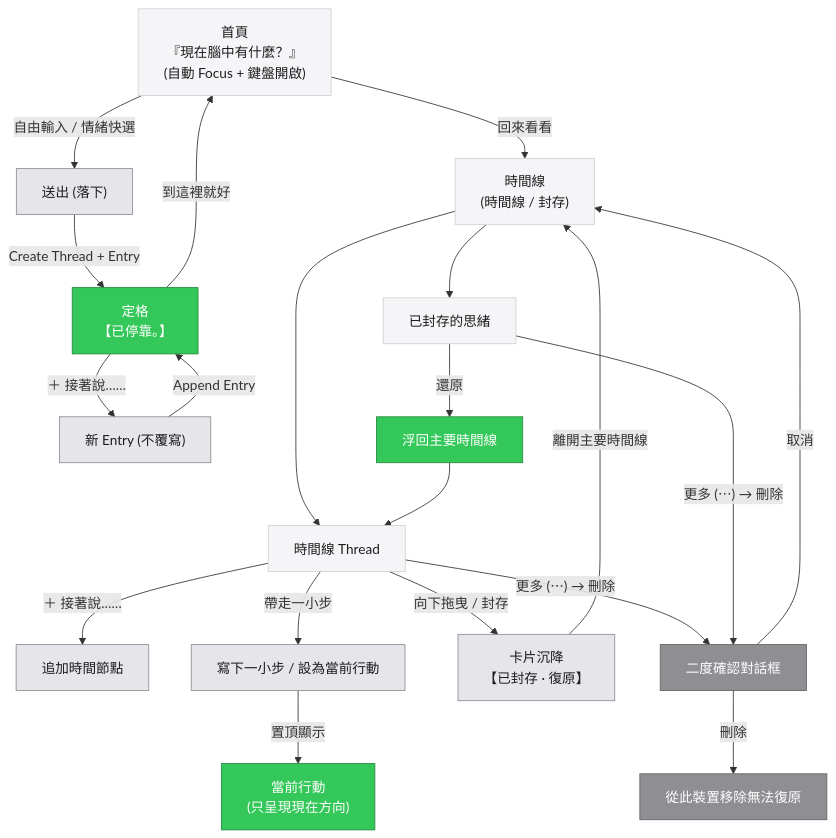
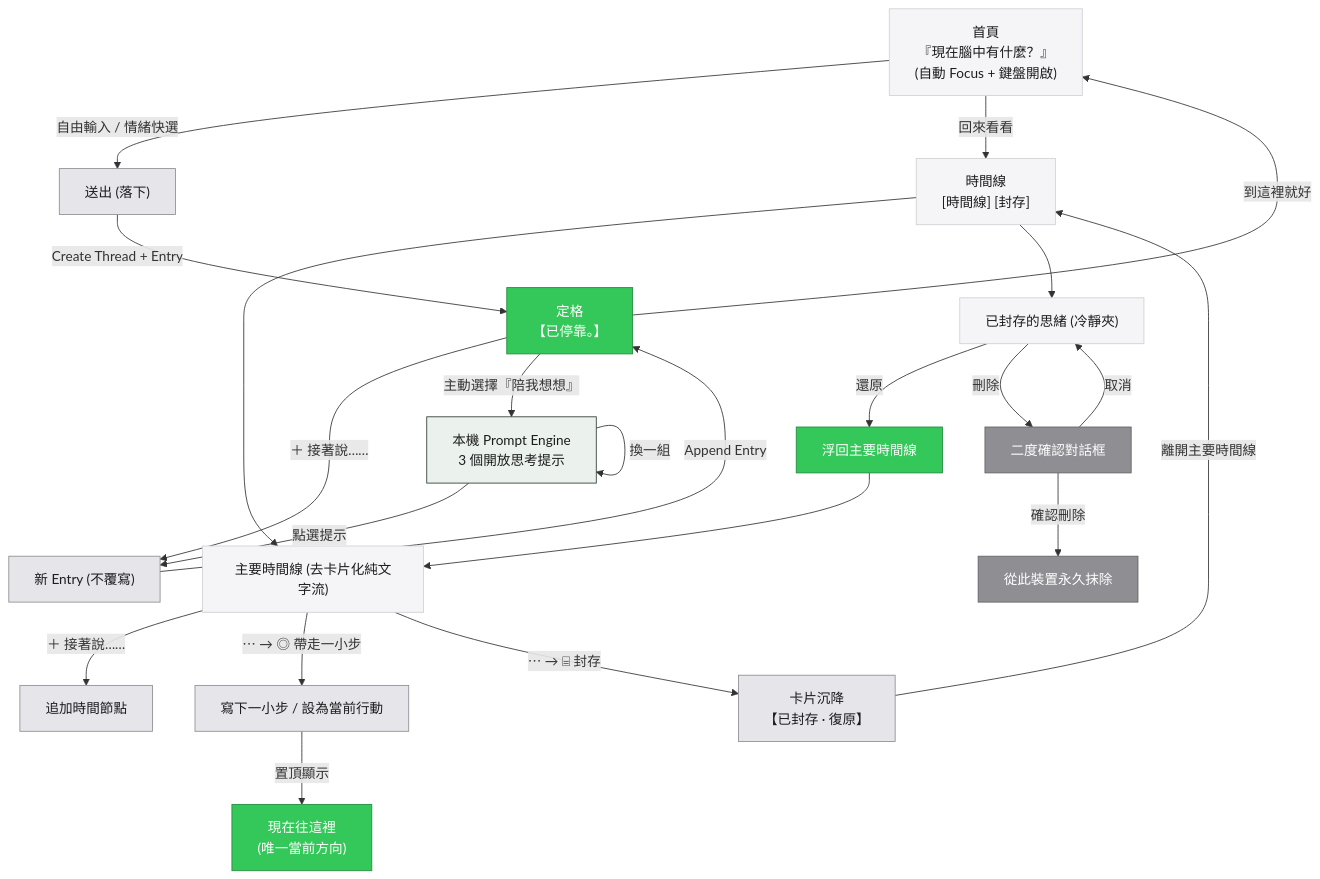
The diagram in flow_diagram.md (q5089877/privateMind), drawn with Mermaid before and after one commit. The commit also changed other lines of this file and 7 other files, not shown here.

Commit message:
feat: implement V7.2 core flow and local prompt engine with 7 thinking categories

````diff
--- a/flow_diagram.md
+++ b/flow_diagram.md
@@ -62,39 +142,44 @@
 ```mermaid
 flowchart TD
     %% 節點樣式
     classDef input fill:#F5F5F7,stroke:#D1D1D6,stroke-width:1px,color:#1D1D1F;
     classDef action fill:#E5E5EA,stroke:#8E8E93,stroke-width:1px,color:#1D1D1F;
     classDef settle fill:#34C759,stroke:#248A3D,stroke-width:1px,color:#FFFFFF;
+    classDef prompt fill:#EBF1EC,stroke:#2E3D33,stroke-width:1px,color:#1D1D1F;
     classDef terminal fill:#8E8E93,stroke:#636366,stroke-width:1px,color:#FFFFFF;
 
     HOME["首頁<br/>『現在腦中有什麼？』<br/>(自動 Focus + 鍵盤開啟)"]:::input
 
     %% 首頁操作
     HOME -->|"自由輸入 / 情緒快選"| SUBMIT["送出 (落下)"]:::action
-    HOME -->|"回來看看"| TIMELINE["時間線<br/>(時間線 / 封存)"]:::input
+    HOME -->|"回來看看"| TIMELINE["時間線<br/>[時間線] [封存]"]:::input
 
     %% 寫入路徑
     SUBMIT -->|"Create Thread + Entry"| SETTLED["定格<br/>【已停靠。】"]:::settle
     SETTLED -->|"到這裡就好"| HOME
     SETTLED -->|"＋ 接著說……"| APPEND_NOW["新 Entry (不覆寫)"]:::action
     APPEND_NOW -->|"Append Entry"| SETTLED
 
+    %% AI / 提示引擎支線
+    SETTLED -->|"主動選擇『陪我想想』"| PROMPT_ENGINE["本機 Prompt Engine<br/>3 個開放思考提示"]:::prompt
+    PROMPT_ENGINE -->|"點選提示"| APPEND_NOW
+    PROMPT_ENGINE -->|"換一組"| PROMPT_ENGINE
+
     %% 時間線操作
-    TIMELINE --> ACTIVE_THREAD["時間線 Thread"]:::input
+    TIMELINE --> ACTIVE_THREAD["主要時間線 (去卡片化純文字流)"]:::input
     ACTIVE_THREAD -->|"＋ 接著說……"| APPEND_LATER["追加時間節點"]:::action
-    ACTIVE_THREAD -->|"帶走一小步"| STEP_ACTION["寫下一小步 / 設為當前行動"]:::action
-    STEP_ACTION -->|"置頂顯示"| CURRENT_ACTION["當前行動<br/>(只呈現現在方向)"]:::settle
-    ACTIVE_THREAD -->|"向下拖曳 / 封存"| ARCHIVE_ACTION["卡片沉降<br/>【已封存 · 復原】"]:::action
+    ACTIVE_THREAD -->|"⋯ → ◎ 帶走一小步"| STEP_ACTION["寫下一小步 / 設為當前行動"]:::action
+    STEP_ACTION -->|"置頂顯示"| CURRENT_ACTION["現在往這裡<br/>(唯一當前方向)"]:::settle
+    ACTIVE_THREAD -->|"⋯ → ⌸ 封存"| ARCHIVE_ACTION["卡片沉降<br/>【已封存 · 復原】"]:::action
     ARCHIVE_ACTION -->|"離開主要時間線"| TIMELINE
 
     %% 封存區
-    TIMELINE --> ARCHIVED_VIEW["已封存的思緒"]:::input
+    TIMELINE --> ARCHIVED_VIEW["已封存的思緒 (冷靜夾)"]:::input
     ARCHIVED_VIEW -->|"還原"| RESTORE_ACTION["浮回主要時間線"]:::settle
     RESTORE_ACTION --> ACTIVE_THREAD
 
-    %% 獨立刪除流
-    ACTIVE_THREAD -->|"更多 (⋯) → 刪除"| DEL_MODAL["二度確認對話框"]:::terminal
-    ARCHIVED_VIEW -->|"更多 (⋯) → 刪除"| DEL_MODAL
-    DEL_MODAL -->|"刪除"| HARD_DEL["從此裝置移除無法復原"]:::terminal
-    DEL_MODAL -->|"取消"| TIMELINE
+    %% 嚴格刪除流：先封存才能刪除
+    ARCHIVED_VIEW -->|"刪除"| DEL_MODAL["二度確認對話框"]:::terminal
+    DEL_MODAL -->|"確認刪除"| HARD_DEL["從此裝置永久抹除"]:::terminal
+    DEL_MODAL -->|"取消"| ARCHIVED_VIEW
 ```
````
